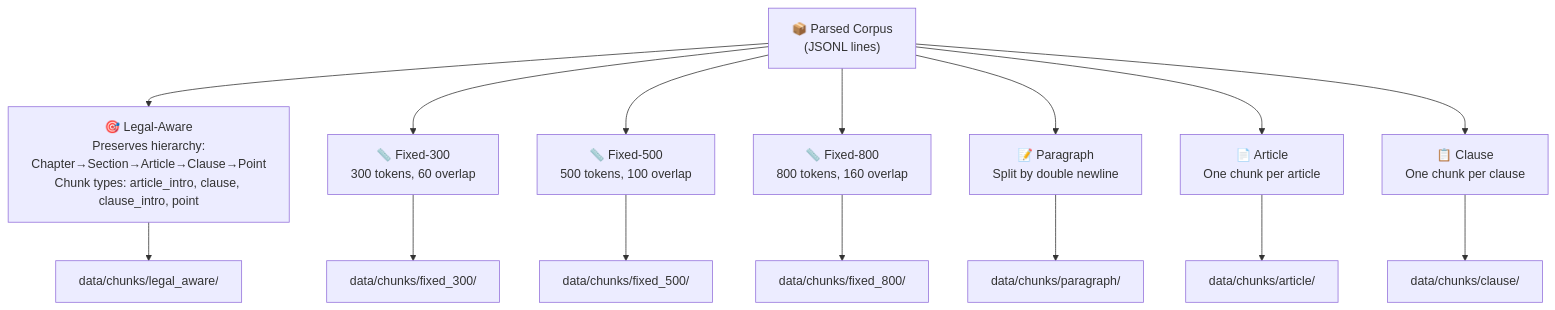
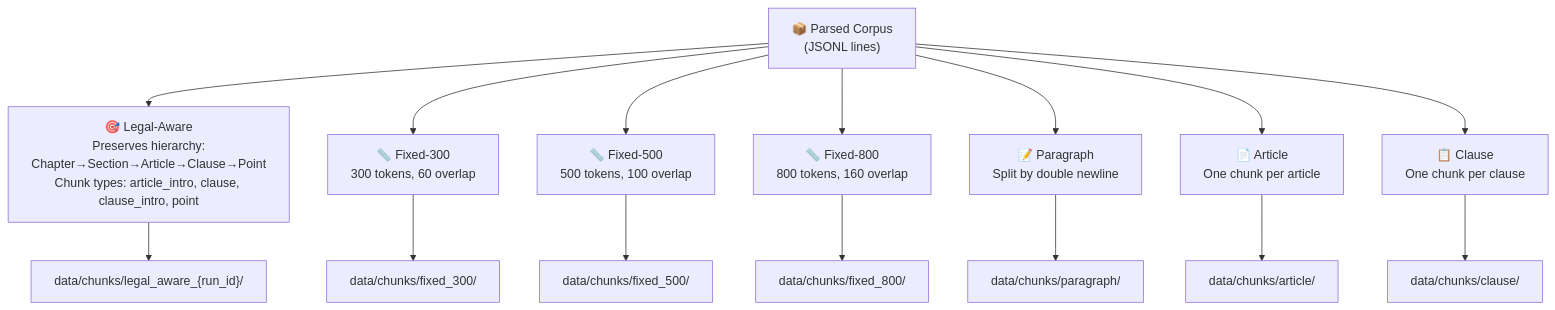
The third of 5 diagrams in ARCHITECTURE.md (ngminhduc129/LegalRAG), drawn with Mermaid before and after one commit. The commit also changed other lines of this file and 1 other file, not shown here.

Commit message:
docs: sync project docs with run-scoped pipeline reality

````diff
--- a/ARCHITECTURE.md
+++ b/ARCHITECTURE.md
@@ -148,30 +151,30 @@
 ```mermaid
 graph TD
     Corpus["📦 Parsed Corpus\n(JSONL lines)"]
     
     LegalAware["🎯 Legal-Aware\nPreserves hierarchy:\nChapter→Section→Article→Clause→Point\nChunk types: article_intro, clause, clause_intro, point"]
     
     Fixed300["📏 Fixed-300\n300 tokens, 60 overlap"]
     Fixed500["📏 Fixed-500\n500 tokens, 100 overlap"]
     Fixed800["📏 Fixed-800\n800 tokens, 160 overlap"]
     
     Paragraph["📝 Paragraph\nSplit by double newline"]
     Article["📄 Article\nOne chunk per article"]
     Clause["📋 Clause\nOne chunk per clause"]
     
     Corpus --> LegalAware
     Corpus --> Fixed300
     Corpus --> Fixed500
     Corpus --> Fixed800
     Corpus --> Paragraph
     Corpus --> Article
     Corpus --> Clause
     
-    LegalAware --> LegalChunks["data/chunks/legal_aware/"]
+    LegalAware --> LegalChunks["data/chunks/legal_aware_{run_id}/"]
     Fixed300 --> Fix300Chunks["data/chunks/fixed_300/"]
     Fixed500 --> Fix500Chunks["data/chunks/fixed_500/"]
     Fixed800 --> Fix800Chunks["data/chunks/fixed_800/"]
     Paragraph --> ParaChunks["data/chunks/paragraph/"]
     Article --> ArtChunks["data/chunks/article/"]
     Clause --> ClaChunks["data/chunks/clause/"]
 ```
````
